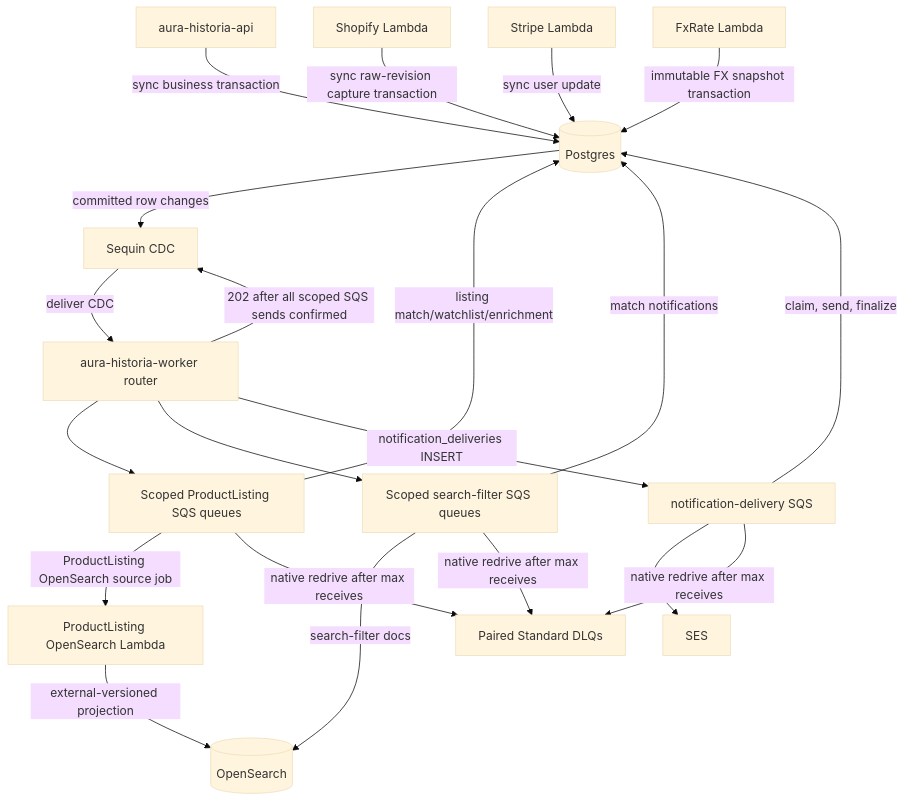
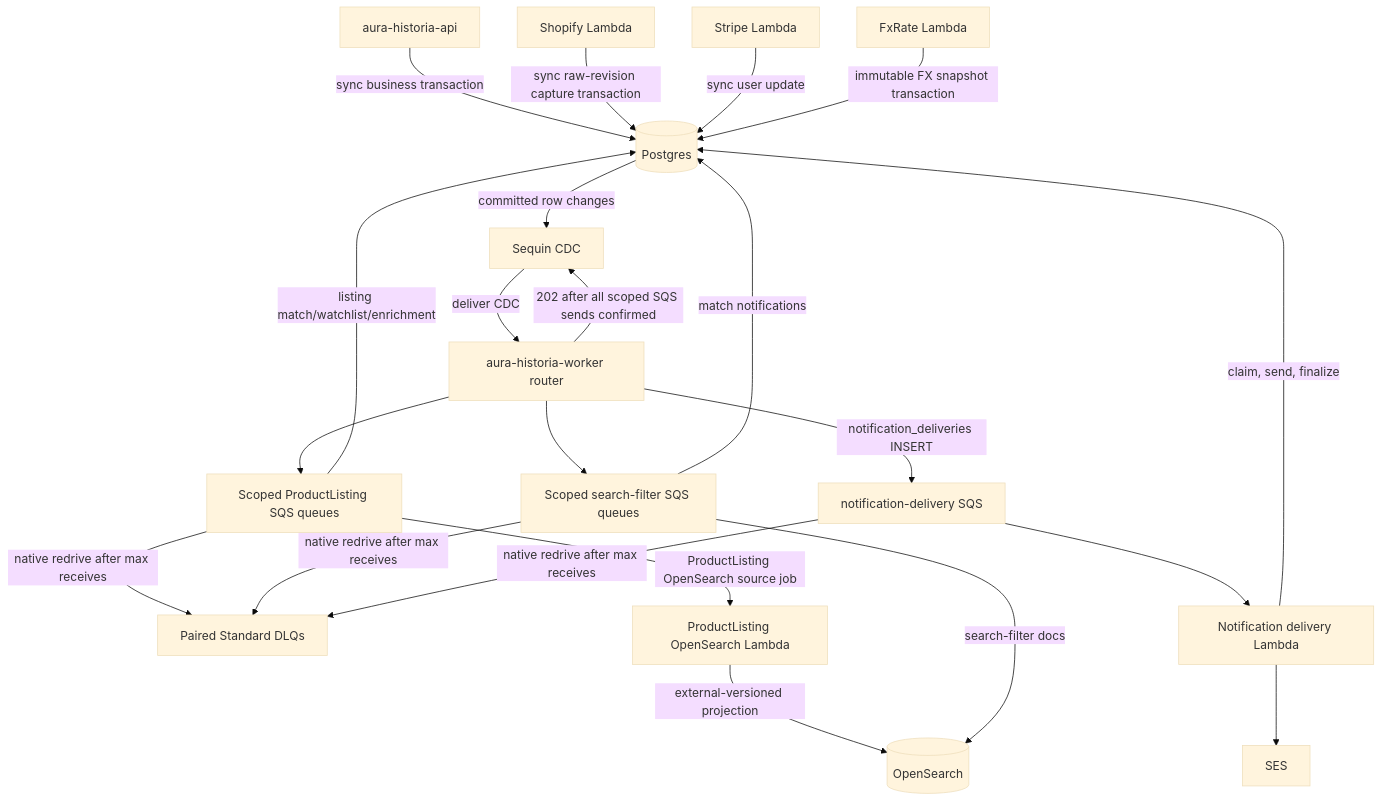
One commit to aura-historia/backend changed the first of 3 diagrams in docs/events/flow.md. Above: the diagram before and after it, drawn with Mermaid (base theme). The commit also changed other lines of this file and 24 other files, not shown here.

````diff
--- a/docs/events/flow.md
+++ b/docs/events/flow.md
@@ -26,44 +26,45 @@
 ```mermaid
 flowchart TD
     API["aura-historia-api"]
     SHOPIFY["Shopify Lambda"]
     STRIPE["Stripe Lambda"]
     PG[(Postgres)]
     SEQ["Sequin CDC"]
     ROUTER["aura-historia-worker router"]
     PQ["Scoped ProductListing SQS queues"]
     UFQ["Scoped search-filter SQS queues"]
     DLQ["Paired Standard DLQs"]
     OS[(OpenSearch)]
     SES["SES"]
     FX["FxRate Lambda"]
 
     API -->|"sync business transaction"| PG
     SHOPIFY -->|"sync raw-revision capture transaction"| PG
     STRIPE -->|"sync user update"| PG
 
 
     PG -->|"committed row changes"| SEQ
     SEQ -->|"deliver CDC"| ROUTER
     ROUTER -->|"202 after all scoped SQS sends confirmed"| SEQ
 
     ROUTER --> PQ
 
     ROUTER --> UFQ
 
     PQ -->|"ProductListing OpenSearch source job"| PL_LAMBDA["ProductListing OpenSearch Lambda"]
     PL_LAMBDA -->|"external-versioned projection"| OS
     PQ -->|"listing match/watchlist/enrichment"| PG
     ROUTER -->|"notification_deliveries INSERT"| NQ[notification-delivery SQS]
-    NQ -->|"claim, send, finalize"| PG
-    NQ --> SES
+    NQ --> ND_LAMBDA["Notification delivery Lambda"]
+    ND_LAMBDA -->|"claim, send, finalize"| PG
+    ND_LAMBDA --> SES
 
     UFQ -->|"search-filter docs"| OS
     UFQ -->|"match notifications"| PG
     PQ -->|"native redrive after max receives"| DLQ
     UFQ -->|"native redrive after max receives"| DLQ
     NQ -->|"native redrive after max receives"| DLQ
 
 
     FX -->|"immutable FX snapshot transaction"| PG
 ```
````
